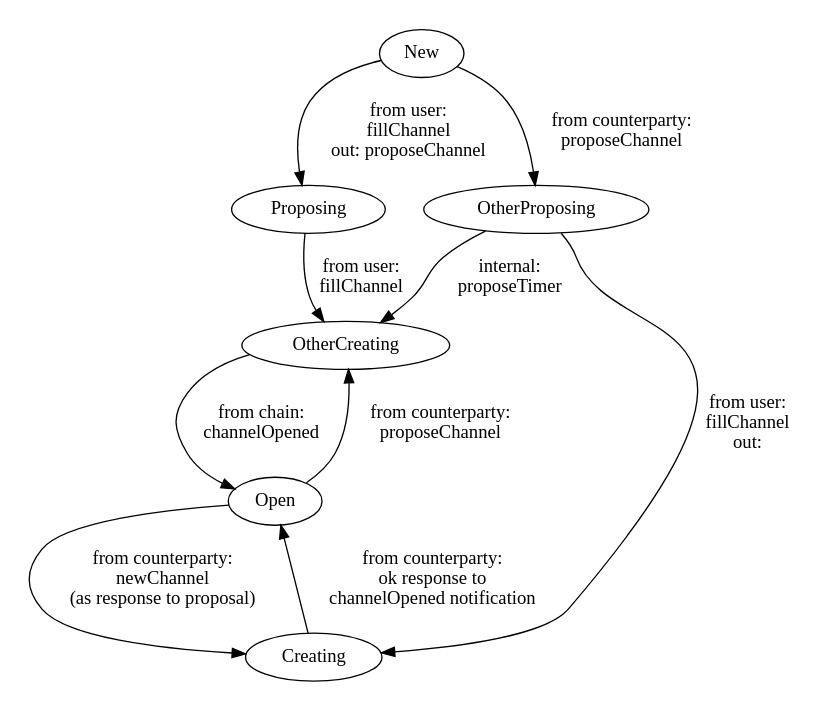
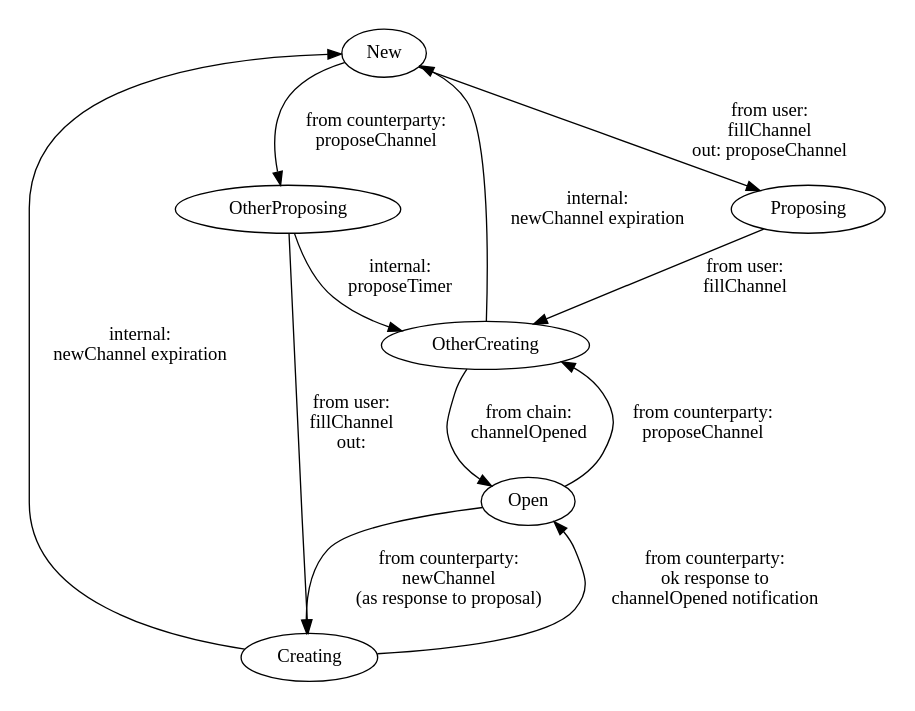
Before and after one commit to althea-net/guac_rs: the diagram in docs/diagrams/state_machine.dot, drawn with Graphviz. The commit also changed 2 other files, not shown here.

Commit message:
starting work on new flow do c

```diff
--- a/docs/diagrams/state_machine.dot
+++ b/docs/diagrams/state_machine.dot
@@ -1,14 +1,16 @@
 // command to render: dot state_machine.dot -Tsvg -o state_machine.svg
 digraph G {
     pad=0.2
 
     New -> Proposing [ label="from user:\nfillChannel\nout: proposeChannel" ];
     New -> OtherProposing [ label="from counterparty:\nproposeChannel" ];
     Proposing -> OtherCreating [ label="from user:\nfillChannel" ];
     OtherProposing -> OtherCreating [ label="internal:\nproposeTimer" ];
     OtherProposing -> Creating [ label="from user:\nfillChannel\nout: " ];
     Creating -> Open [ label="from counterparty:\nok response to\nchannelOpened notification" ];
     OtherCreating -> Open [ label="from chain:\nchannelOpened" ];
+    OtherCreating -> New [ label="internal:\nnewChannel expiration" ];
+    Creating -> New [ label="internal:\nnewChannel expiration" ];
     Open -> OtherCreating [ label="from counterparty:\nproposeChannel" ];
     Open -> Creating [ label="from counterparty:\nnewChannel\n(as response to proposal)" ];
 }
```
